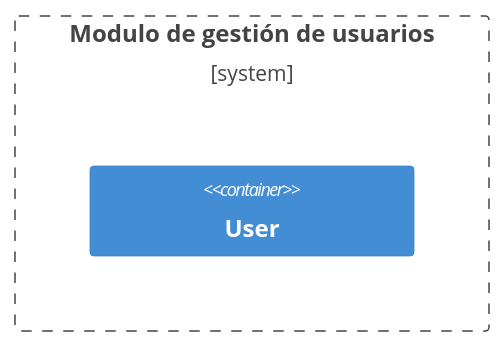
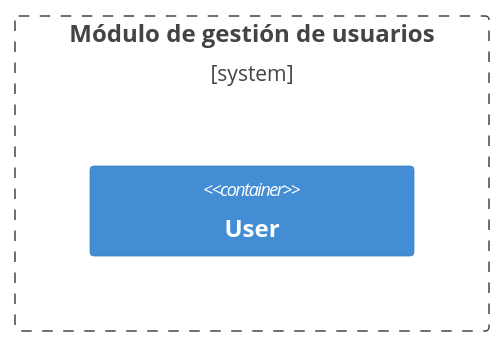
One commit to rmasad/microservicios changed the first of 5 diagrams in 03_Comunicación/ejemplo/README.md. Above: the diagram before and after it, drawn with Mermaid (forest theme). The commit also changed other lines of this file and 84 other files, not shown here.

````diff
--- a/03_Comunicación/ejemplo/README.md
+++ b/03_Comunicación/ejemplo/README.md
@@ -78,8 +81,8 @@
 ```mermaid
     C4Context
-      Boundary(b0, "Modulo de gestión de usuarios") {
+      Boundary(b0, "Módulo de gestión de usuarios") {
         Container(users, "User")
       }
 
       UpdateLayoutConfig($c4ShapeInRow="1", $c4BoundaryInRow="1")
 ```
````
